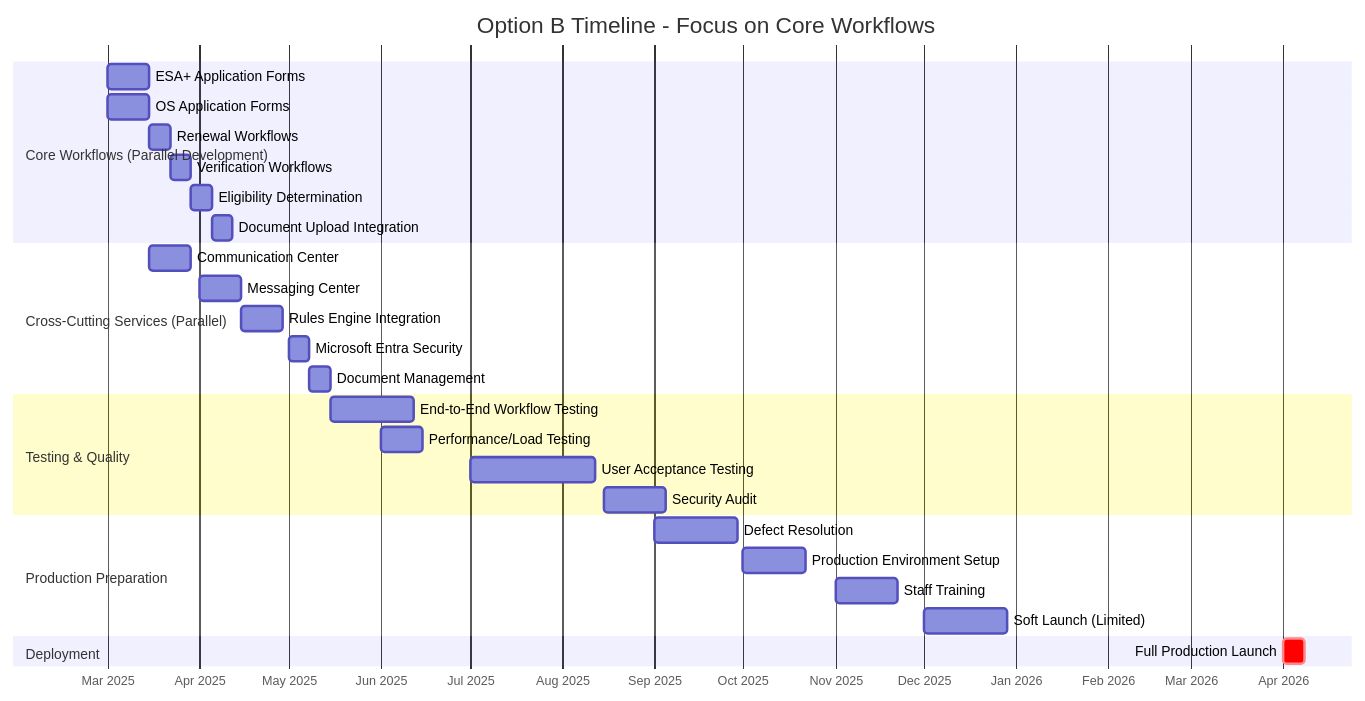
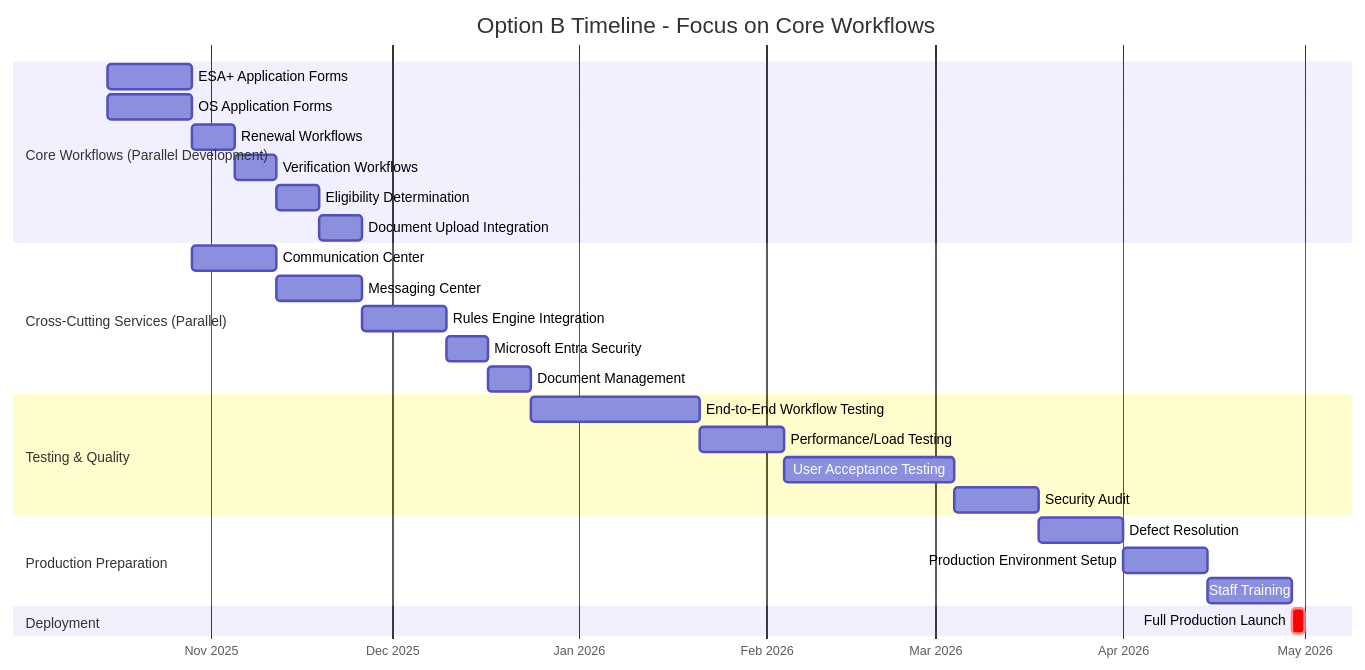
One commit to buildmotion/k12-seaa changed the second of 4 diagrams in stakeholder-decision/diagrams/timeline-comparison.md. Above: the diagram before and after it, drawn with Mermaid. The commit also changed other lines of this file and 3 other files, not shown here.

Commit message:
Update timeline dates from March 2025 - April 2026 to October 15, 2025 - May 1, 2026

````diff
--- a/stakeholder-decision/diagrams/timeline-comparison.md
+++ b/stakeholder-decision/diagrams/timeline-comparison.md
@@ -46,36 +46,35 @@
 ```mermaid
 gantt
     title Option B Timeline - Focus on Core Workflows
     dateFormat YYYY-MM-DD
     axisFormat %b %Y
     
     section Core Workflows (Parallel Development)
-    ESA+ Application Forms             :a1, 2025-03-01, 2w
-    OS Application Forms               :a2, 2025-03-01, 2w
+    ESA+ Application Forms             :a1, 2025-10-15, 2w
+    OS Application Forms               :a2, 2025-10-15, 2w
     Renewal Workflows                  :a3, after a1, 1w
     Verification Workflows             :a4, after a3, 1w
     Eligibility Determination          :a5, after a4, 1w
     Document Upload Integration        :a6, after a5, 1w
     
     section Cross-Cutting Services (Parallel)
-    Communication Center               :b1, 2025-03-15, 2w
-    Messaging Center                   :b2, 2025-04-01, 2w
-    Rules Engine Integration           :b3, 2025-04-15, 2w
-    Microsoft Entra Security           :b4, 2025-05-01, 1w
-    Document Management                :b5, 2025-05-08, 1w
+    Communication Center               :b1, 2025-10-29, 2w
+    Messaging Center                   :b2, 2025-11-12, 2w
+    Rules Engine Integration           :b3, 2025-11-26, 2w
+    Microsoft Entra Security           :b4, 2025-12-10, 1w
+    Document Management                :b5, 2025-12-17, 1w
     
     section Testing & Quality
-    End-to-End Workflow Testing        :c1, 2025-05-15, 4w
-    Performance/Load Testing           :c2, 2025-06-01, 2w
-    User Acceptance Testing            :c3, 2025-07-01, 6w
-    Security Audit                     :c4, 2025-08-15, 3w
+    End-to-End Workflow Testing        :c1, 2025-12-24, 4w
+    Performance/Load Testing           :c2, 2026-01-21, 2w
+    User Acceptance Testing            :c3, 2026-02-04, 4w
+    Security Audit                     :c4, 2026-03-04, 2w
     
     section Production Preparation
-    Defect Resolution                  :d1, 2025-09-01, 4w
-    Production Environment Setup       :d2, 2025-10-01, 3w
-    Staff Training                     :d3, 2025-11-01, 3w
-    Soft Launch (Limited)              :d4, 2025-12-01, 4w
+    Defect Resolution                  :d1, 2026-03-18, 2w
+    Production Environment Setup       :d2, 2026-04-01, 2w
+    Staff Training                     :d3, 2026-04-15, 2w
     
     section Deployment
-    Full Production Launch             :crit, e1, 2026-04-01, 1w
+    Full Production Launch             :crit, e1, 2026-04-29, 2d
 ```
````
